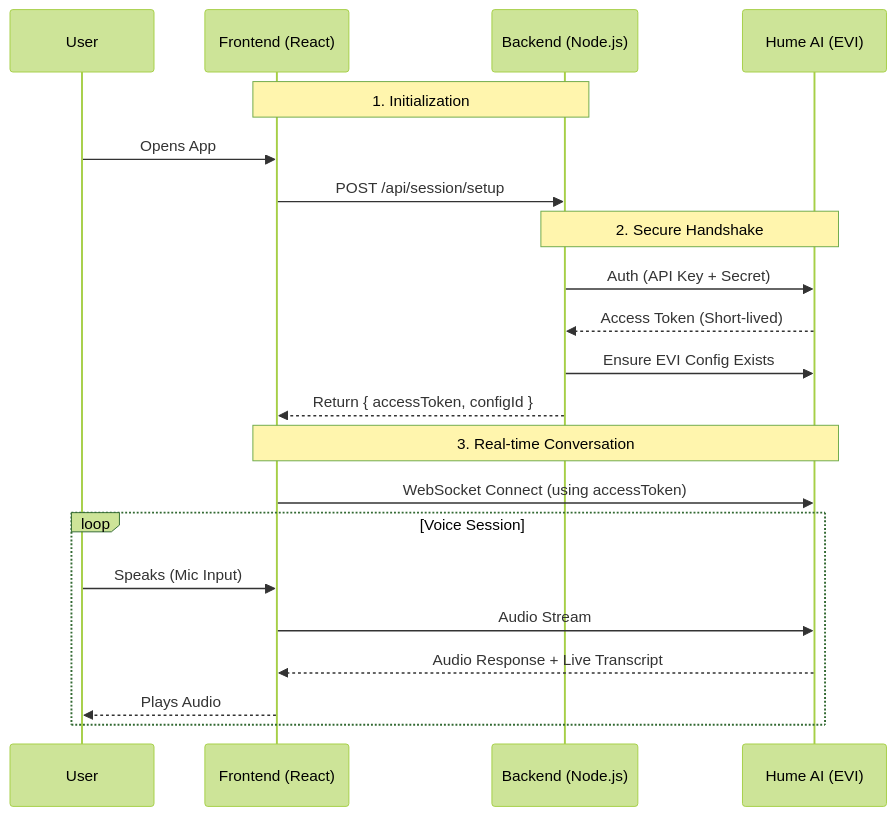
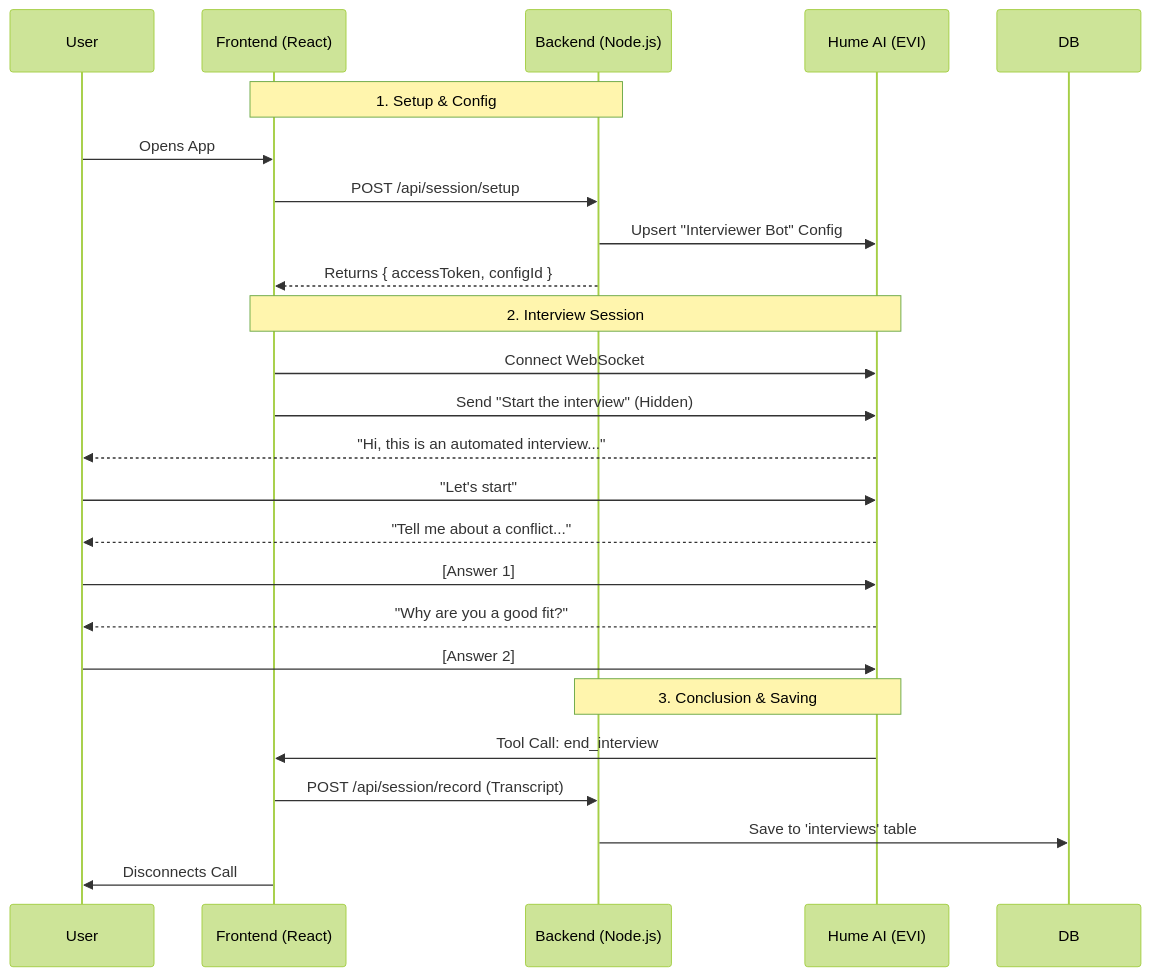
Before and after one commit to KaushalKishorMishra/hume-ai-poc: the diagram in README.md, drawn with Mermaid (forest theme). The commit also changed other lines of this file and 10 other files, not shown here.

First line of the commit message:
fix: resolve Hume connection errors and implement dynamic interview prompts

````diff
--- a/README.md
+++ b/README.md
@@ -9,27 +13,29 @@
 ```mermaid
 sequenceDiagram
     participant User
     participant Frontend as Frontend (React)
     participant Backend as Backend (Node.js)
     participant Hume as Hume AI (EVI)
 
-    Note over Frontend, Backend: 1. Initialization
+    Note over Frontend, Backend: 1. Setup & Config
     User->>Frontend: Opens App
     Frontend->>Backend: POST /api/session/setup
+    Backend->>Hume: Upsert "Interviewer Bot" Config
+    Backend-->>Frontend: Returns { accessToken, configId }
+
+    Note over Frontend, Hume: 2. Interview Session
+    Frontend->>Hume: Connect WebSocket
+    Frontend->>Hume: Send "Start the interview" (Hidden)
+    Hume-->>User: "Hi, this is an automated interview..."
+    User->>Hume: "Let's start"
+    Hume-->>User: "Tell me about a conflict..."
+    User->>Hume: [Answer 1]
+    Hume-->>User: "Why are you a good fit?"
+    User->>Hume: [Answer 2]
     
-    Note over Backend, Hume: 2. Secure Handshake
-    Backend->>Hume: Auth (API Key + Secret)
-    Hume-->>Backend: Access Token (Short-lived)
-    Backend->>Hume: Ensure EVI Config Exists
-    Backend-->>Frontend: Return { accessToken, configId }
-
-    Note over Frontend, Hume: 3. Real-time Conversation
-    Frontend->>Hume: WebSocket Connect (using accessToken)
-    
-    loop Voice Session
-        User->>Frontend: Speaks (Mic Input)
-        Frontend->>Hume: Audio Stream
-        Hume-->>Frontend: Audio Response + Live Transcript
-        Frontend-->>User: Plays Audio
-    end
+    Note over Hume, Backend: 3. Conclusion & Saving
+    Hume->>Frontend: Tool Call: end_interview
+    Frontend->>Backend: POST /api/session/record (Transcript)
+    Backend->>DB: Save to 'interviews' table
+    Frontend->>User: Disconnects Call
 ```
````
